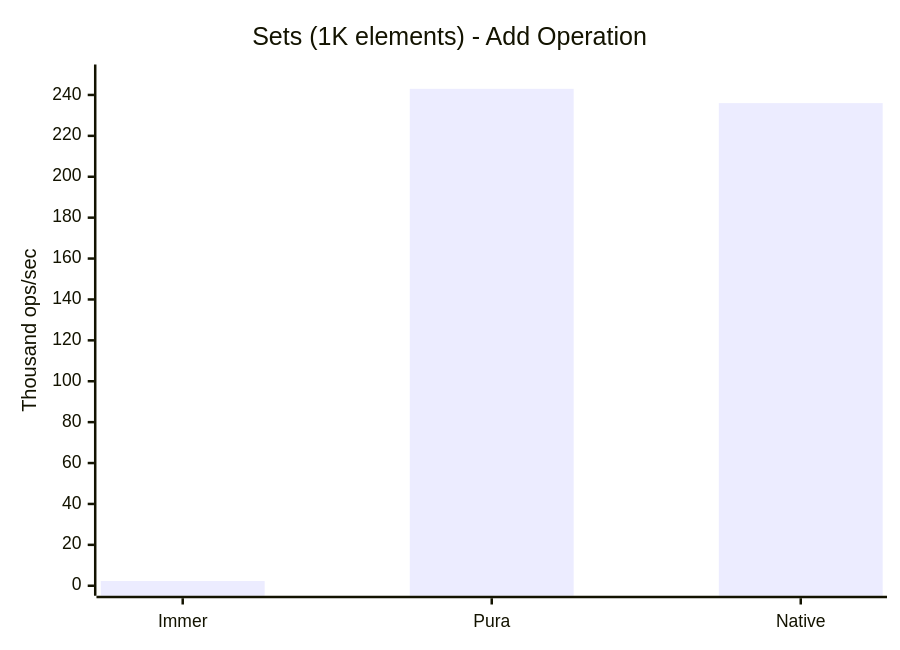
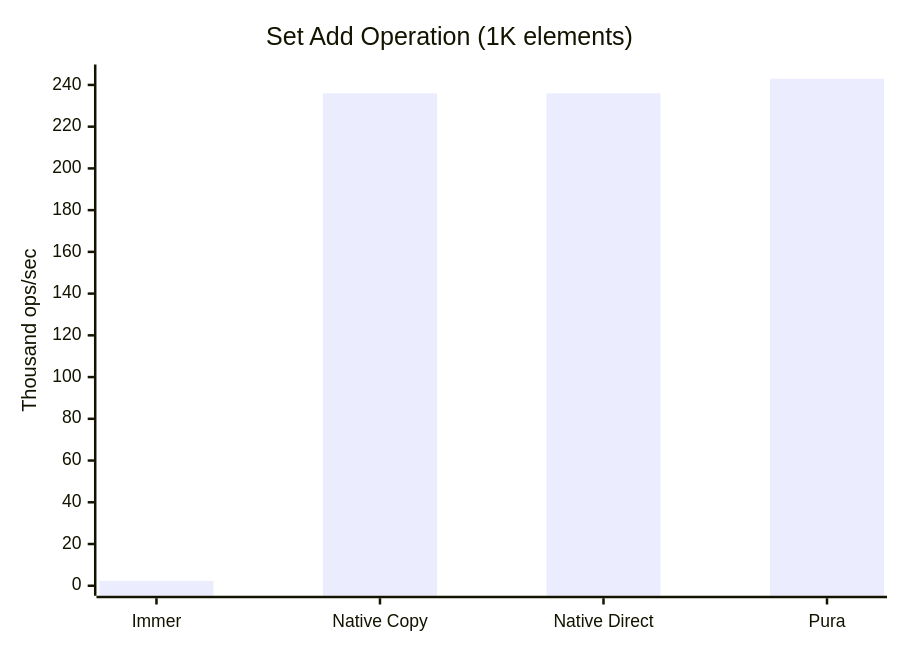
One commit to SylphxAI/pura changed the fifth of 5 diagrams in README.md. Above: the diagram before and after it, drawn with Mermaid. The commit also changed other lines of this file, not shown here.

First line of the commit message:
docs(readme): replace speedup charts with absolute performance values

````diff
--- a/README.md
+++ b/README.md
@@ -298,13 +317,13 @@
 ```mermaid
 ---
 config:
   themeVariables:
     xyChart:
       backgroundColor: "transparent"
 ---
 xychart-beta
-    title "Sets (1K elements) - Add Operation"
-    x-axis ["Immer", "Pura", "Native"]
-    y-axis "Thousand ops/sec" 0 --> 250
-    bar [2.31, 243, 236]
+    title "Set Add Operation (1K elements)"
+    x-axis ["Immer", "Native Copy", "Native Direct", "Pura"]
+    y-axis "Thousand ops/sec" 0 --> 245
+    bar [2.31, 236, 236, 243]
 ```
````
